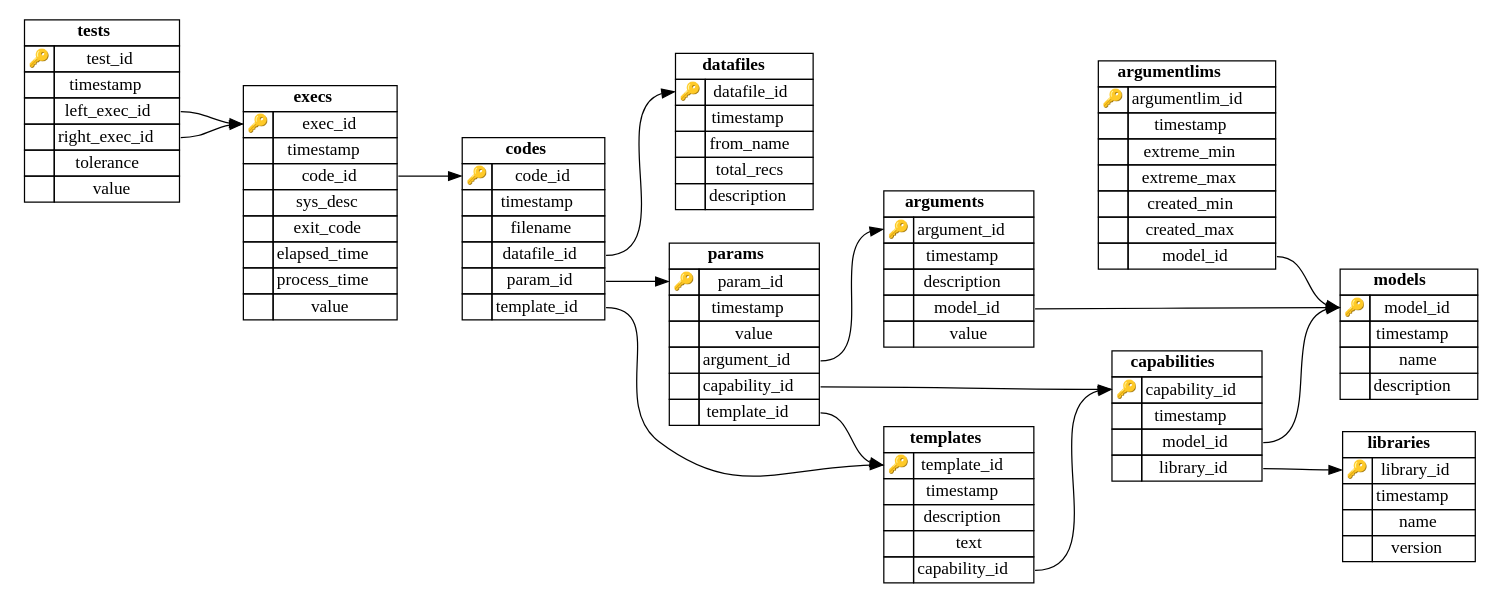
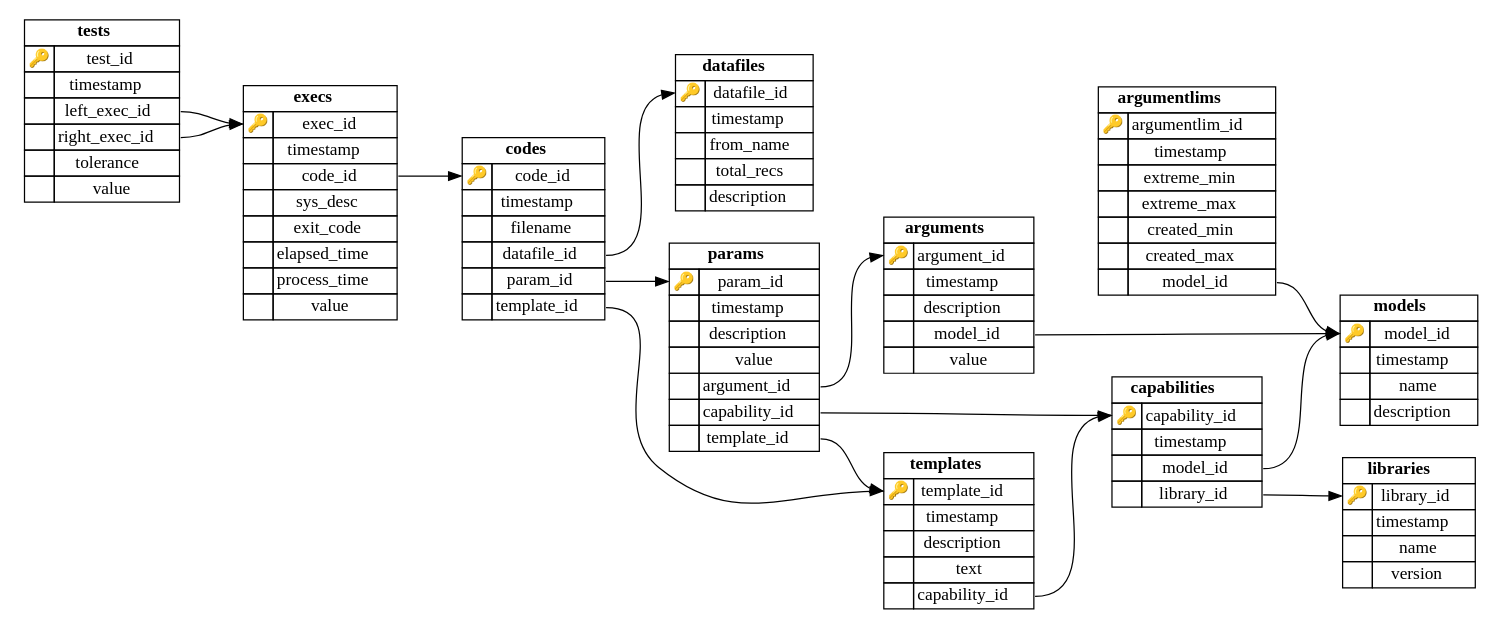
The diagram in doc/img/schema.dot (hgfernan/ctsa), drawn with Graphviz before and after one commit. The commit also changed 10 other files, not shown here.

```diff
--- a/doc/img/schema.dot
+++ b/doc/img/schema.dot
@@ -348,6 +348,12 @@
             
 
                 <TR>
+                    <TD PORT="description_to">&nbsp;</TD>
+                    <TD PORT="description_from">description</TD>
+                </TR>
+            
+
+                <TR>
                     <TD PORT="value_to">&nbsp;</TD>
                     <TD PORT="value_from">value</TD>
                 </TR>
```
